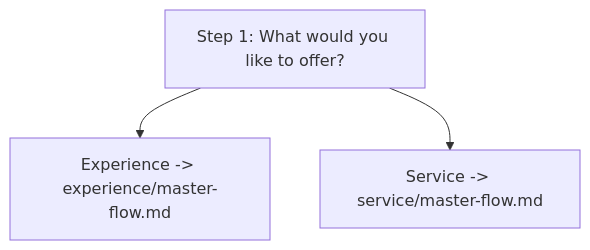
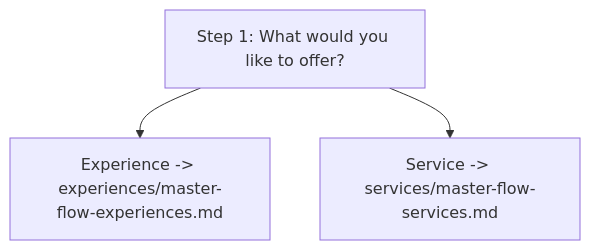
The diagram in product-specs/onboarding-master-flow.md (jcaunedo/bethere-portfolio), drawn with Mermaid before and after one commit. The commit also changed other lines of this file and 60 other files, not shown here.

````diff
--- a/product-specs/onboarding-master-flow.md
+++ b/product-specs/onboarding-master-flow.md
@@ -16,5 +16,5 @@
 ```mermaid
 flowchart TD
-    S1["Step 1: What would you like to offer?"] --> EXP["Experience -> experience/master-flow.md"]
-    S1 --> SVC["Service -> service/master-flow.md"]
+    S1["Step 1: What would you like to offer?"] --> EXP["Experience -> experiences/master-flow-experiences.md"]
+    S1 --> SVC["Service -> services/master-flow-services.md"]
 ```
````
